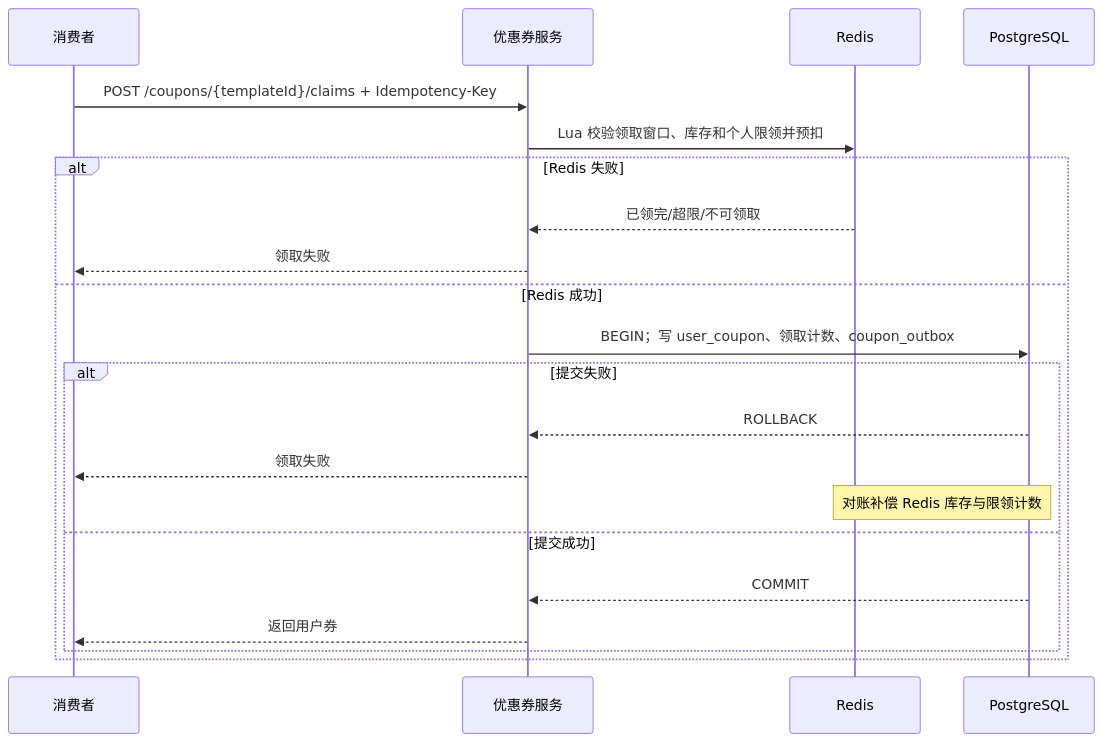
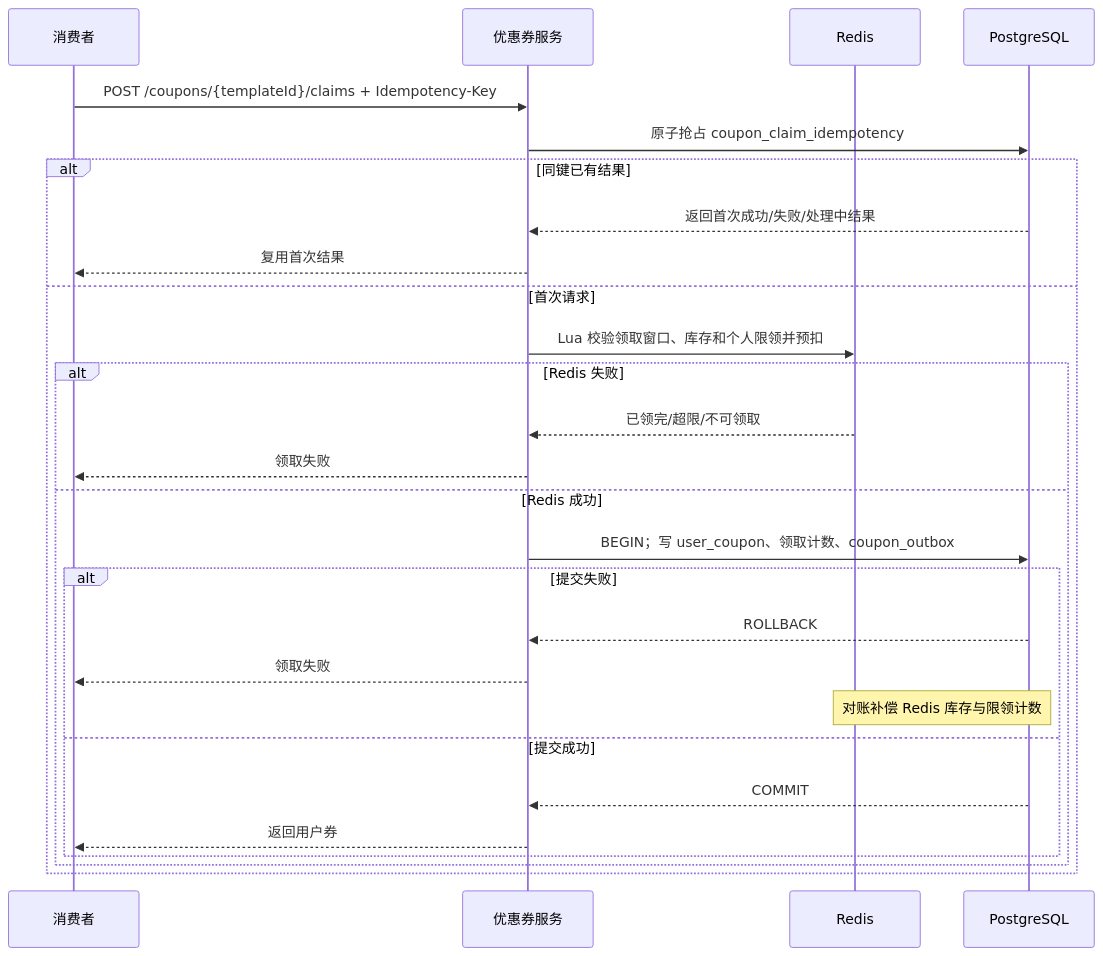
The sixth of 9 diagrams in docs/sequence-design.md (NyaRu-Kiss/FlashSale), drawn with Mermaid before and after one commit. The commit also changed other lines of this file and 3 other files, not shown here.

Commit message:
docs: 关键流程时序图: 补充读缓存, 延时双删, 活动缓存预热 技术约束: 添加缓存部分

````diff
--- a/docs/sequence-design.md
+++ b/docs/sequence-design.md
@@ -74,24 +212,30 @@
 ```mermaid
 sequenceDiagram
     participant Customer as 消费者
     participant Coupon as 优惠券服务
     participant Redis as Redis
     participant DB as PostgreSQL
 
     Customer->>Coupon: POST /coupons/{templateId}/claims + Idempotency-Key
+    Coupon->>DB: 原子抢占 coupon_claim_idempotency
+    alt 同键已有结果
+        DB-->>Coupon: 返回首次成功/失败/处理中结果
+        Coupon-->>Customer: 复用首次结果
+    else 首次请求
     Coupon->>Redis: Lua 校验领取窗口、库存和个人限领并预扣
     alt Redis 失败
         Redis-->>Coupon: 已领完/超限/不可领取
         Coupon-->>Customer: 领取失败
     else Redis 成功
         Coupon->>DB: BEGIN；写 user_coupon、领取计数、coupon_outbox
         alt 提交失败
             DB-->>Coupon: ROLLBACK
             Coupon-->>Customer: 领取失败
             Note over Redis,DB: 对账补偿 Redis 库存与限领计数
         else 提交成功
             DB-->>Coupon: COMMIT
             Coupon-->>Customer: 返回用户券
         end
     end
+    end
 ```
````
